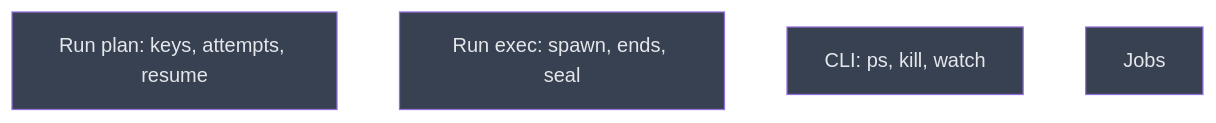
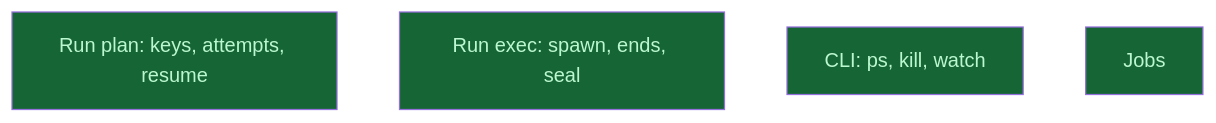
One commit to CrackingShells/Candler changed the diagram in __roadmap__/m2b-execution-parity/runs/README.md. Above: the diagram before and after it, drawn with Mermaid. The commit also changed other lines of this file and 7 other files, not shown here.

````diff
--- a/__roadmap__/m2b-execution-parity/runs/README.md
+++ b/__roadmap__/m2b-execution-parity/runs/README.md
@@ -18,12 +18,12 @@
 ```mermaid
 graph TD
-    run_plan[Run plan: keys, attempts, resume]:::planned
-    run_exec[Run exec: spawn, ends, seal]:::planned
-    cli_ps_kill_watch[CLI: ps, kill, watch]:::planned
-    jobs[Jobs]:::planned
+    run_plan[Run plan: keys, attempts, resume]:::done
+    run_exec[Run exec: spawn, ends, seal]:::done
+    cli_ps_kill_watch[CLI: ps, kill, watch]:::done
+    jobs[Jobs]:::done
     classDef done       fill:#166534,color:#bbf7d0
     classDef inprogress fill:#854d0e,color:#fef08a
     classDef planned    fill:#374151,color:#e5e7eb
     classDef amendment  fill:#1e3a5f,color:#bfdbfe
     classDef blocked    fill:#7f1d1d,color:#fecaca
 ```
````
